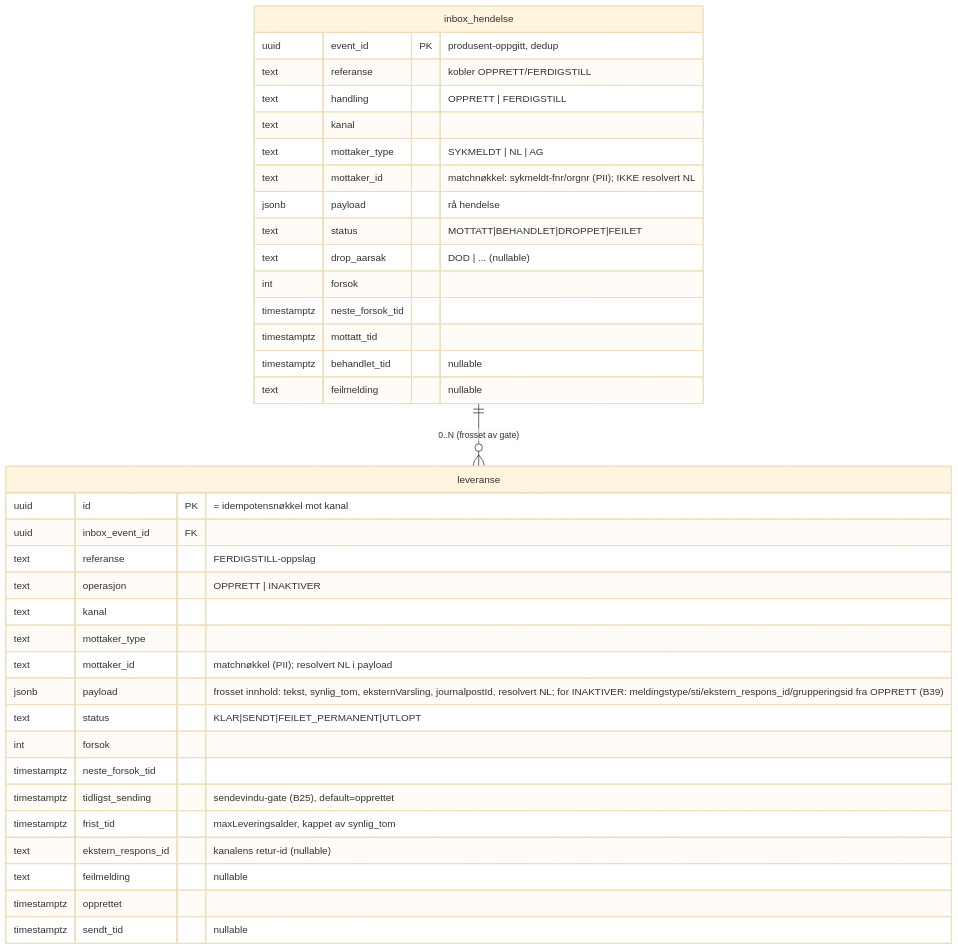
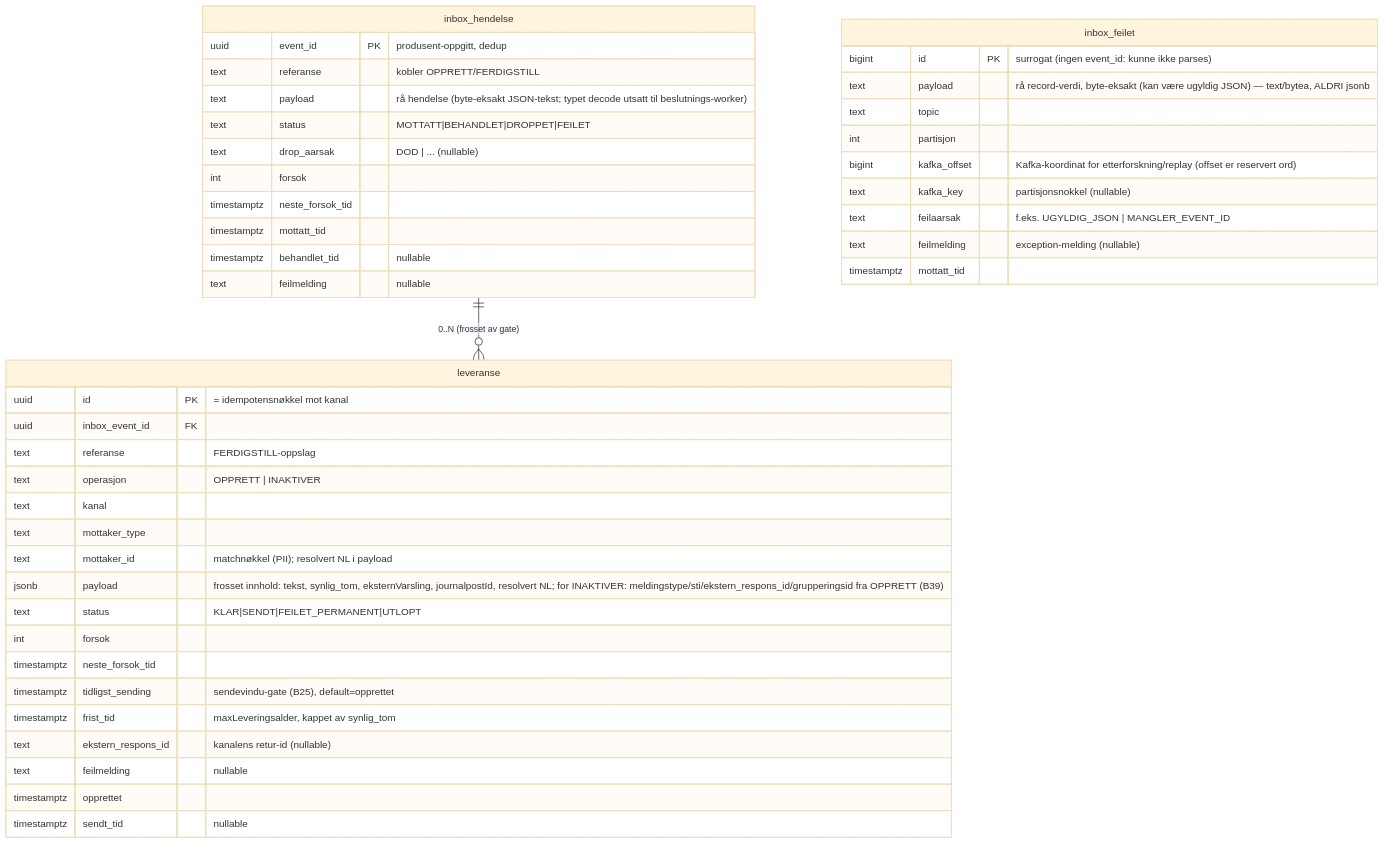
One commit to navikt/syfo-budstikka changed the diagram in docs/DATAMODELL.md. Above: the diagram before and after it, drawn with Mermaid (base theme). The commit also changed other lines of this file, not shown here.

Commit message:
doc: inbox_feilt dokumentasjon

````diff
--- a/docs/DATAMODELL.md
+++ b/docs/DATAMODELL.md
@@ -7,41 +8,49 @@
 ```mermaid
 erDiagram
     inbox_hendelse ||--o{ leveranse : "0..N (frosset av gate)"
 
     inbox_hendelse {
         uuid        event_id PK "produsent-oppgitt, dedup"
         text        referanse "kobler OPPRETT/FERDIGSTILL"
-        text        handling "OPPRETT | FERDIGSTILL"
-        text        kanal
-        text        mottaker_type "SYKMELDT | NL | AG"
-        text        mottaker_id "matchnøkkel: sykmeldt-fnr/orgnr (PII); IKKE resolvert NL"
-        jsonb       payload "rå hendelse"
+        text        payload "rå hendelse (byte-eksakt JSON-tekst; typet decode utsatt til beslutnings-worker)"
         text        status "MOTTATT|BEHANDLET|DROPPET|FEILET"
         text        drop_aarsak "DOD | ... (nullable)"
         int         forsok
         timestamptz neste_forsok_tid
         timestamptz mottatt_tid
         timestamptz behandlet_tid "nullable"
         text        feilmelding "nullable"
     }
 
     leveranse {
         uuid        id PK "= idempotensnøkkel mot kanal"
         uuid        inbox_event_id FK
         text        referanse "FERDIGSTILL-oppslag"
         text        operasjon "OPPRETT | INAKTIVER"
         text        kanal
         text        mottaker_type
         text        mottaker_id "matchnøkkel (PII); resolvert NL i payload"
         jsonb       payload "frosset innhold: tekst, synlig_tom, eksternVarsling, journalpostId, resolvert NL; for INAKTIVER: meldingstype/sti/ekstern_respons_id/grupperingsid fra OPPRETT (B39)"
         text        status "KLAR|SENDT|FEILET_PERMANENT|UTLOPT"
         int         forsok
         timestamptz neste_forsok_tid
         timestamptz tidligst_sending "sendevindu-gate (B25), default=opprettet"
         timestamptz frist_tid "maxLeveringsalder, kappet av synlig_tom"
         text        ekstern_respons_id "kanalens retur-id (nullable)"
         text        feilmelding "nullable"
         timestamptz opprettet
         timestamptz sendt_tid "nullable"
     }
+
+    inbox_feilet {
+        bigint      id PK "surrogat (ingen event_id: kunne ikke parses)"
+        text        payload "rå record-verdi, byte-eksakt (kan være ugyldig JSON) — text/bytea, ALDRI jsonb"
+        text        topic
+        int         partisjon
+        bigint      kafka_offset "Kafka-koordinat for etterforskning/replay (offset er reservert ord)"
+        text        kafka_key "partisjonsnokkel (nullable)"
+        text        feilaarsak "f.eks. UGYLDIG_JSON | MANGLER_EVENT_ID"
+        text        feilmelding "exception-melding (nullable)"
+        timestamptz mottatt_tid
+    }
 ```
````
